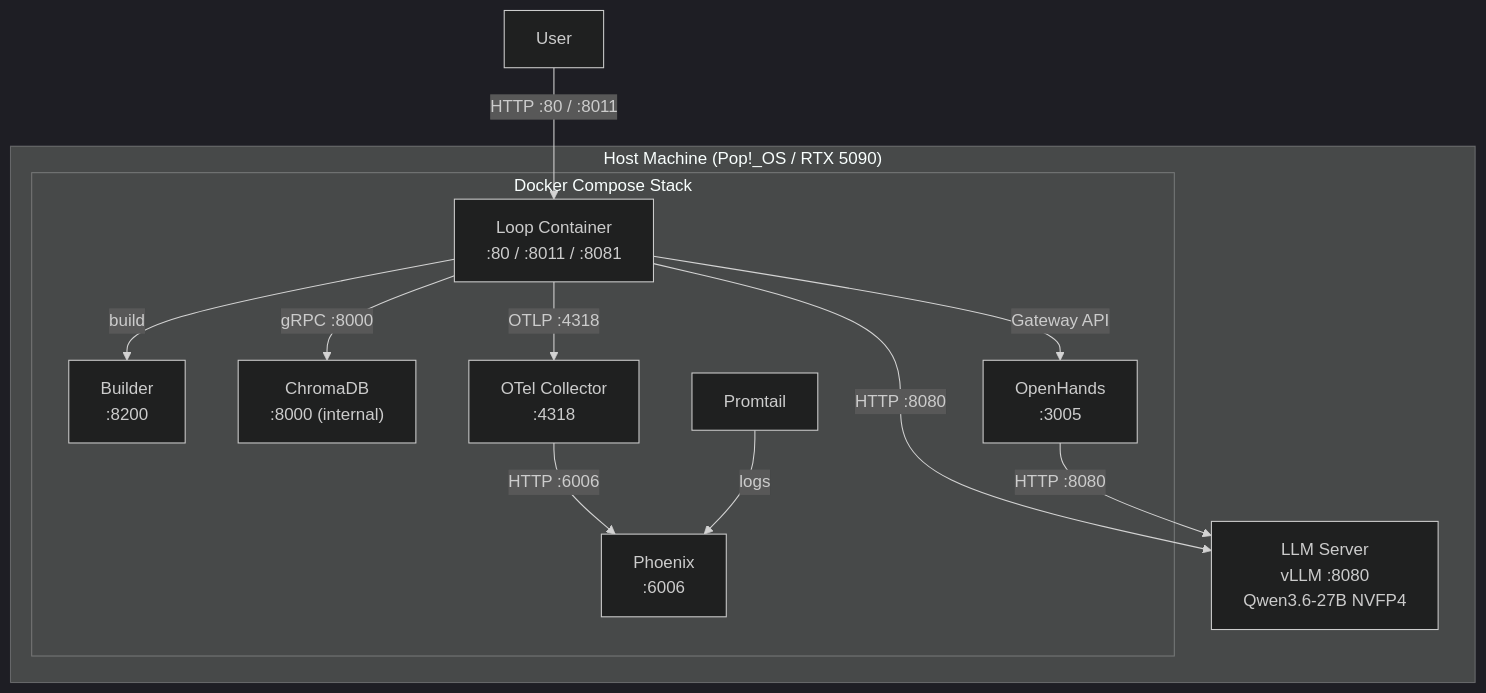
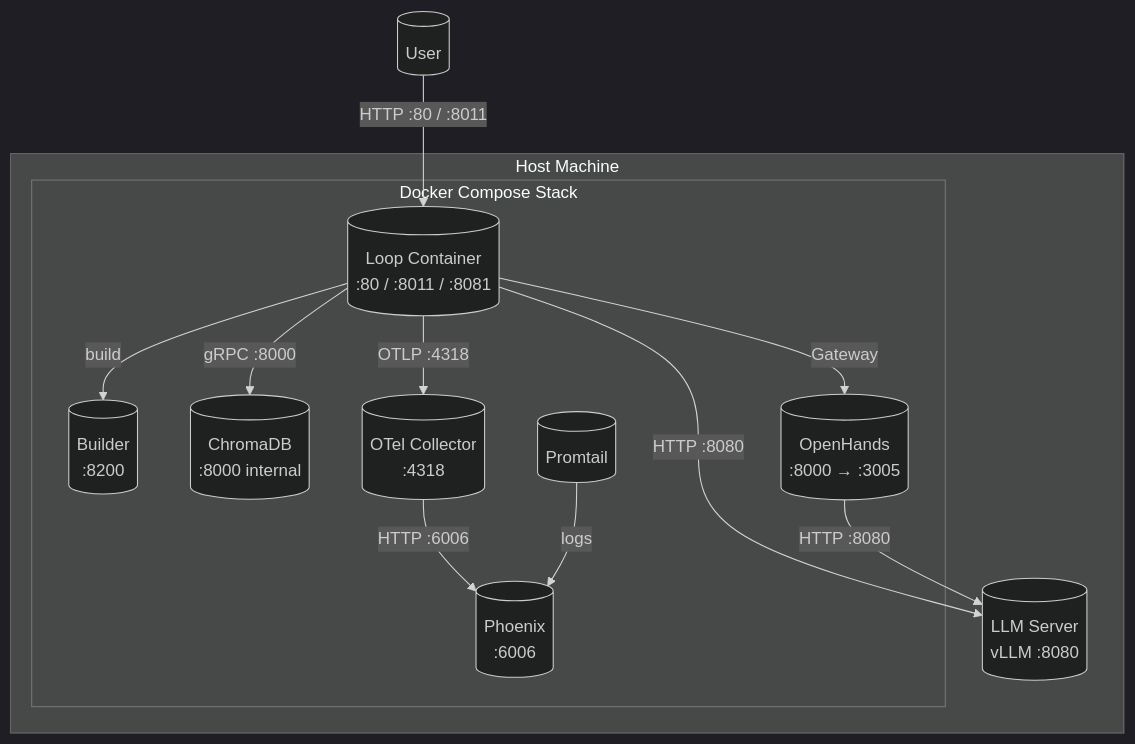
Before and after one commit to terrygzhou/loop_engineering_factory: the fourth of 4 diagrams in README.md, drawn with Mermaid (dark theme). The commit also changed other lines of this file and 6 other files, not shown here.

````diff
--- a/README.md
+++ b/README.md
@@ -195,28 +177,28 @@
 ```mermaid
 graph TB
-    U["User"]
+    U[("User")]
 
-    subgraph Host["Host Machine (Pop!_OS / RTX 5090)"]
-        LLM_C["LLM Server<br/>vLLM :8080<br/>Qwen3.6-27B NVFP4"]
+    subgraph Host["Host Machine"]
+        LLM_C[("LLM Server<br/>vLLM :8080")]
 
         subgraph DockerStack["Docker Compose Stack"]
-            LC["Loop Container<br/>:80 / :8011 / :8081"]
-            BLD["Builder<br/>:8200"]
-            CC["ChromaDB<br/>:8000 (internal)"]
-            OC["OTel Collector<br/>:4318"]
-            PH["Phoenix<br/>:6006"]
-            OH["OpenHands<br/>:3005"]
-            PT["Promtail"]
+            LC[("Loop Container<br/>:80 / :8011 / :8081")]
+            BLD[("Builder<br/>:8200")]
+            CC[("ChromaDB<br/>:8000 internal")]
+            OC[("OTel Collector<br/>:4318")]
+            PH[("Phoenix<br/>:6006")]
+            OH[("OpenHands<br/>:8000 → :3005")]
+            PT[("Promtail")]
         end
     end
 
     U -->|"HTTP :80 / :8011"| LC
     LC -->|"gRPC :8000"| CC
     LC -->|"OTLP :4318"| OC
     LC -->|"HTTP :8080"| LLM_C
-    LC -->|"Gateway API"| OH
+    LC -->|"Gateway"| OH
     LC -->|"build"| BLD
     OH -->|"HTTP :8080"| LLM_C
     OC -->|"HTTP :6006"| PH
     PT -->|"logs"| PH
 ```
````
